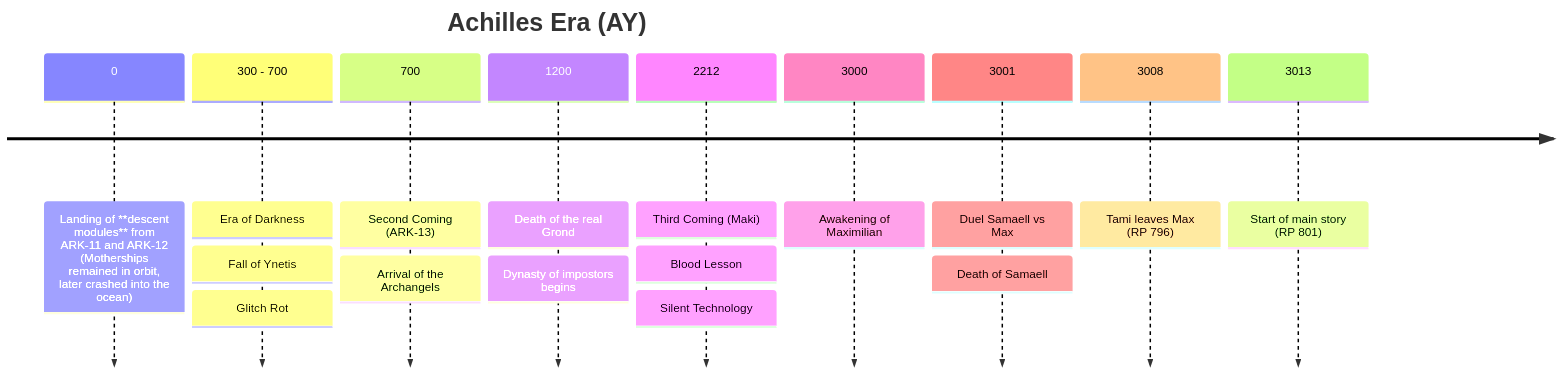
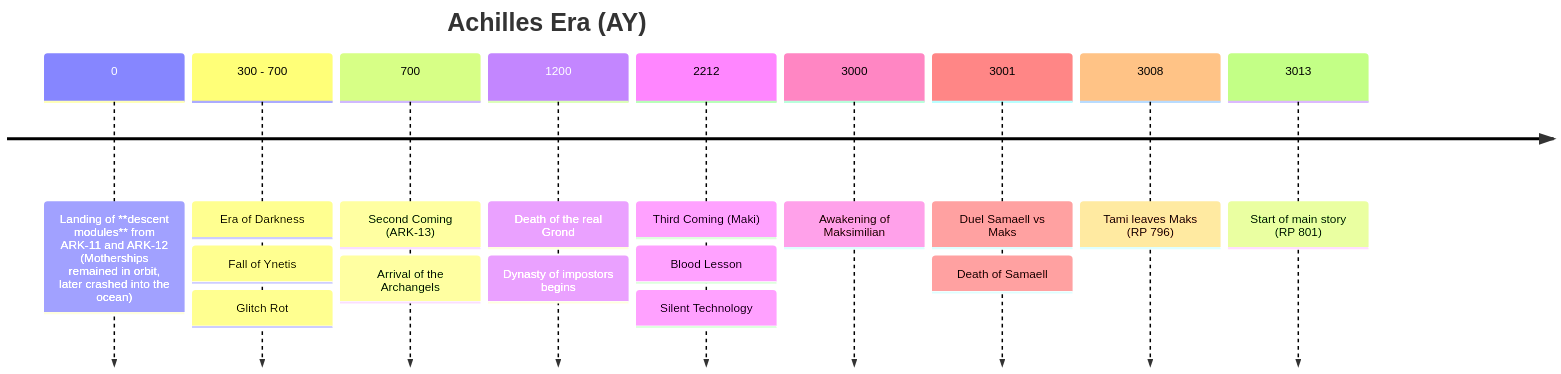
One commit to BranLang/null-void changed the second of 2 diagrams in World-Bible-EN/01-timeline.md. Above: the diagram before and after it, drawn with Mermaid. The commit also changed other lines of this file and 95 other files, not shown here.

First line of the commit message:
Rename Maximilian/Max → Maksimilian/Maks across entire project

````diff
--- a/World-Bible-EN/01-timeline.md
+++ b/World-Bible-EN/01-timeline.md
@@ -24,13 +24,13 @@
 ```mermaid
 timeline
     title Achilles Era (AY)
     0 : Landing of **descent modules** from ARK-11 and ARK-12 (Motherships remained in orbit, later crashed into the ocean)
     300 - 700 : Era of Darkness : Fall of Ynetis : Glitch Rot
     700 : Second Coming (ARK-13) : Arrival of the Archangels
     1200 : Death of the real Grond : Dynasty of impostors begins
     2212 : Third Coming (Maki) : Blood Lesson : Silent Technology
-    3000 : Awakening of Maximilian
-    3001 : Duel Samaell vs Max : Death of Samaell
-    3008 : Tami leaves Max (RP 796)
+    3000 : Awakening of Maksimilian
+    3001 : Duel Samaell vs Maks : Death of Samaell
+    3008 : Tami leaves Maks (RP 796)
     3013 : Start of main story (RP 801)
 ```
````
